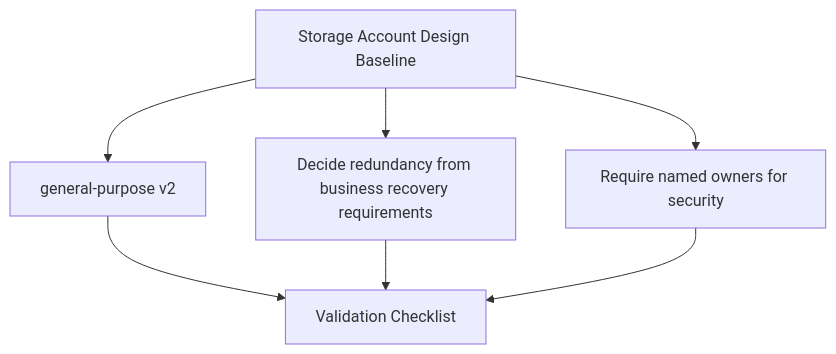
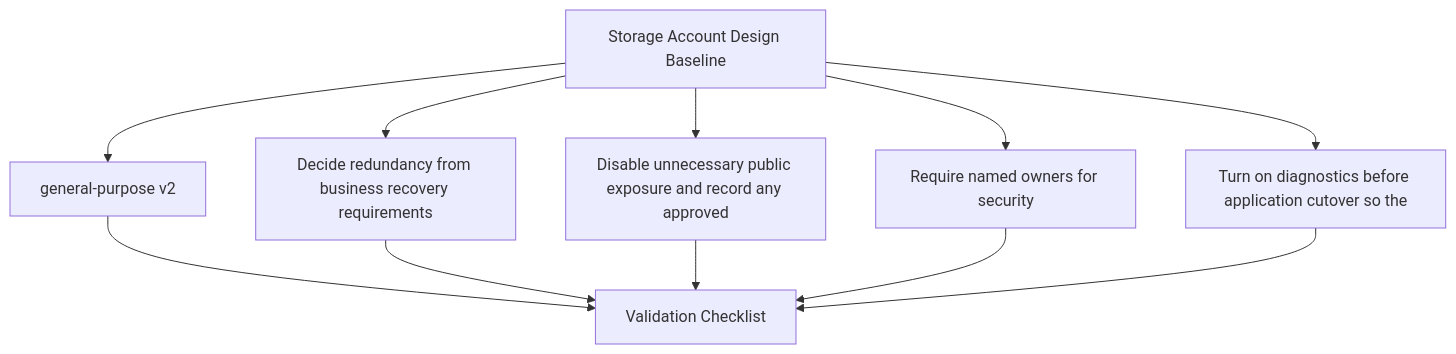
One commit to yeongseon/azure-storage-practical-guide changed the diagram in docs/best-practices/storage-account-design-baseline.md. Above: the diagram before and after it, drawn with Mermaid. The commit also changed 9 other files, not shown here.

Commit message:
fix: rebuild remaining BP diagrams from practice bullets with label shortening

````diff
--- a/docs/best-practices/storage-account-design-baseline.md
+++ b/docs/best-practices/storage-account-design-baseline.md
@@ -29,14 +29,20 @@
 ```mermaid
 flowchart TD
     T["Storage Account Design Baseline"]
     P1["general-purpose v2"]
     T --> P1
     P2["Decide redundancy from business recovery requirements"]
     T --> P2
-    P3["Require named owners for security"]
+    P3["Disable unnecessary public exposure and record any approved"]
     T --> P3
+    P4["Require named owners for security"]
+    T --> P4
+    P5["Turn on diagnostics before application cutover so the"]
+    T --> P5
     V["Validation Checklist"]
     P1 --> V
     P2 --> V
     P3 --> V
+    P4 --> V
+    P5 --> V
 ```
````
